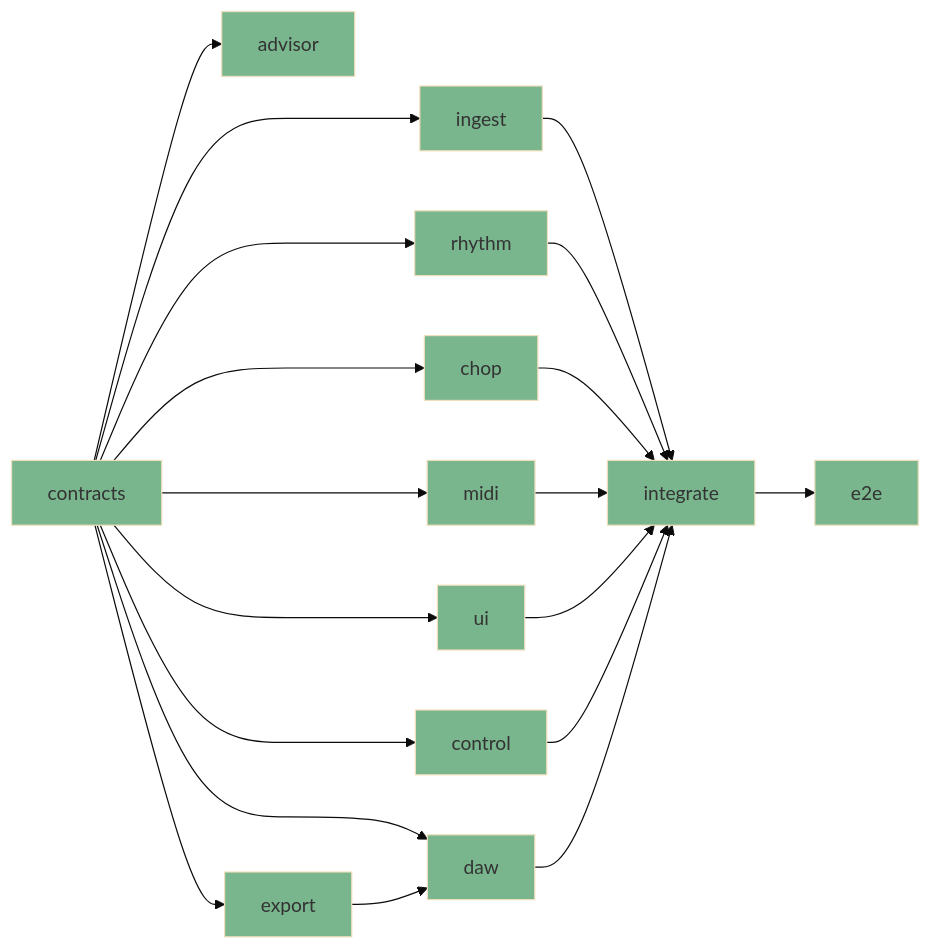
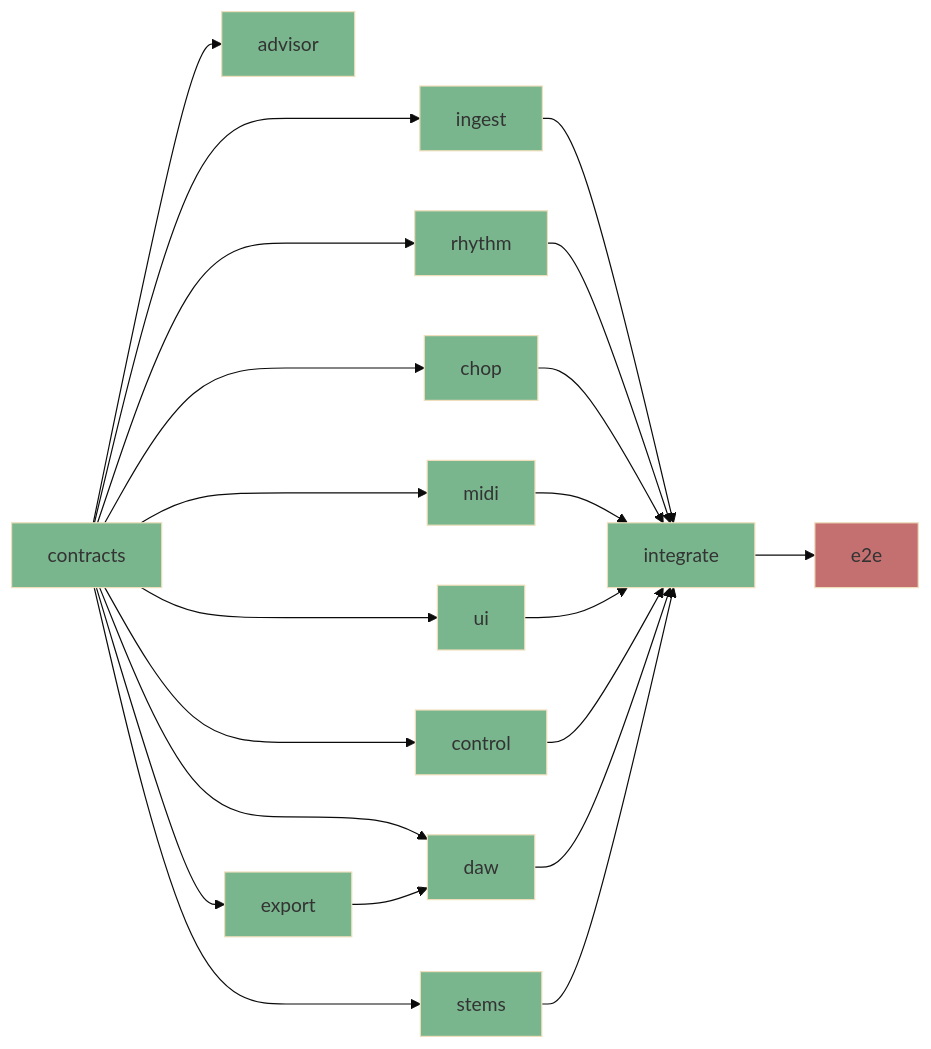
Before and after one commit to kyl-er/choppad: the diagram in docs/STATUS.md, drawn with Mermaid (base theme). The commit also changed other lines of this file and 21 other files, not shown here.

````diff
--- a/docs/STATUS.md
+++ b/docs/STATUS.md
@@ -20,33 +21,36 @@
 ```mermaid
 graph LR
   contracts --> ingest
   contracts --> rhythm
   contracts --> chop
   contracts --> midi
   contracts --> ui
   contracts --> advisor
   contracts --> control
+  contracts --> stems
   contracts --> export
   contracts --> daw
   export --> daw
   ingest --> integrate
   rhythm --> integrate
   chop --> integrate
   midi --> integrate
   ui --> integrate
   control --> integrate
   daw --> integrate
+  stems --> integrate
   integrate --> e2e
   style contracts fill:#79b58d
   style ingest fill:#79b58d
   style rhythm fill:#79b58d
   style chop fill:#79b58d
   style midi fill:#79b58d
   style ui fill:#79b58d
   style advisor fill:#79b58d
   style control fill:#79b58d
+  style stems fill:#79b58d
   style export fill:#79b58d
   style daw fill:#79b58d
   style integrate fill:#79b58d
-  style e2e fill:#79b58d
+  style e2e fill:#c47070
 ```
````
